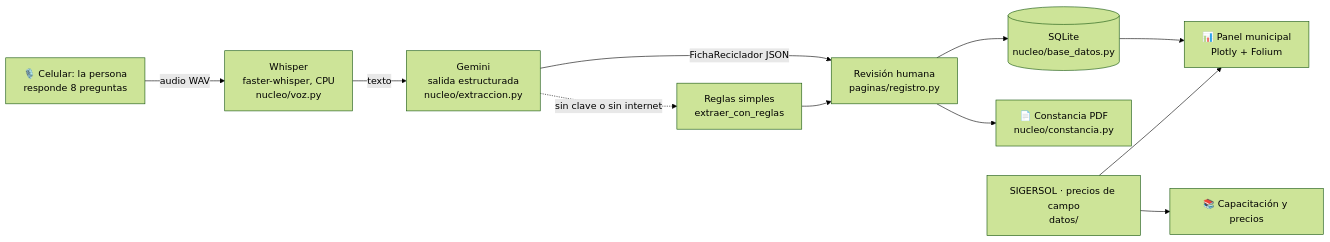
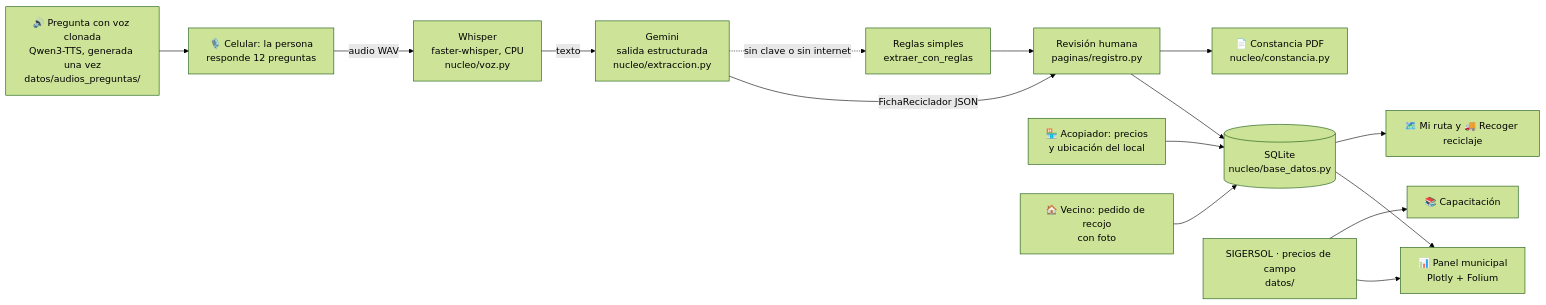
The diagram in README.md (grey-d18/proyecto_final), drawn with Mermaid (forest theme) before and after one commit. The commit also changed other lines of this file and 51 other files, not shown here.

First line of the commit message:
App por roles: inicio «¿Quién eres?», registro hablado de 12 preguntas, Mi ruta, vecino, acopiador y recojos

````diff
--- a/README.md
+++ b/README.md
@@ -81,13 +89,17 @@
 ```mermaid
 flowchart LR
-    A[🎙️ Celular: la persona<br>responde 8 preguntas] -->|audio WAV| B[Whisper<br>faster-whisper, CPU<br>nucleo/voz.py]
+    Q[🔊 Pregunta con voz clonada<br>Qwen3-TTS, generada una vez<br>datos/audios_preguntas/] --> A
+    A[🎙️ Celular: la persona<br>responde 12 preguntas] -->|audio WAV| B[Whisper<br>faster-whisper, CPU<br>nucleo/voz.py]
     B -->|texto| C[Gemini<br>salida estructurada<br>nucleo/extraccion.py]
     C -->|FichaReciclador JSON| D[Revisión humana<br>paginas/registro.py]
     D --> E[(SQLite<br>nucleo/base_datos.py)]
     D --> F[📄 Constancia PDF<br>nucleo/constancia.py]
     E --> G[📊 Panel municipal<br>Plotly + Folium]
     H[SIGERSOL · precios de campo<br>datos/] --> G
-    H --> I[📚 Capacitación y precios]
+    H --> I[📚 Capacitación]
+    K[🏪 Acopiador: precios<br>y ubicación del local] --> E
+    L[🏠 Vecino: pedido de recojo<br>con foto] --> E
+    E --> M[🗺️ Mi ruta y 🚚 Recoger reciclaje]
     C -.sin clave o sin internet.-> J[Reglas simples<br>extraer_con_reglas]
     J --> D
 ```
````
